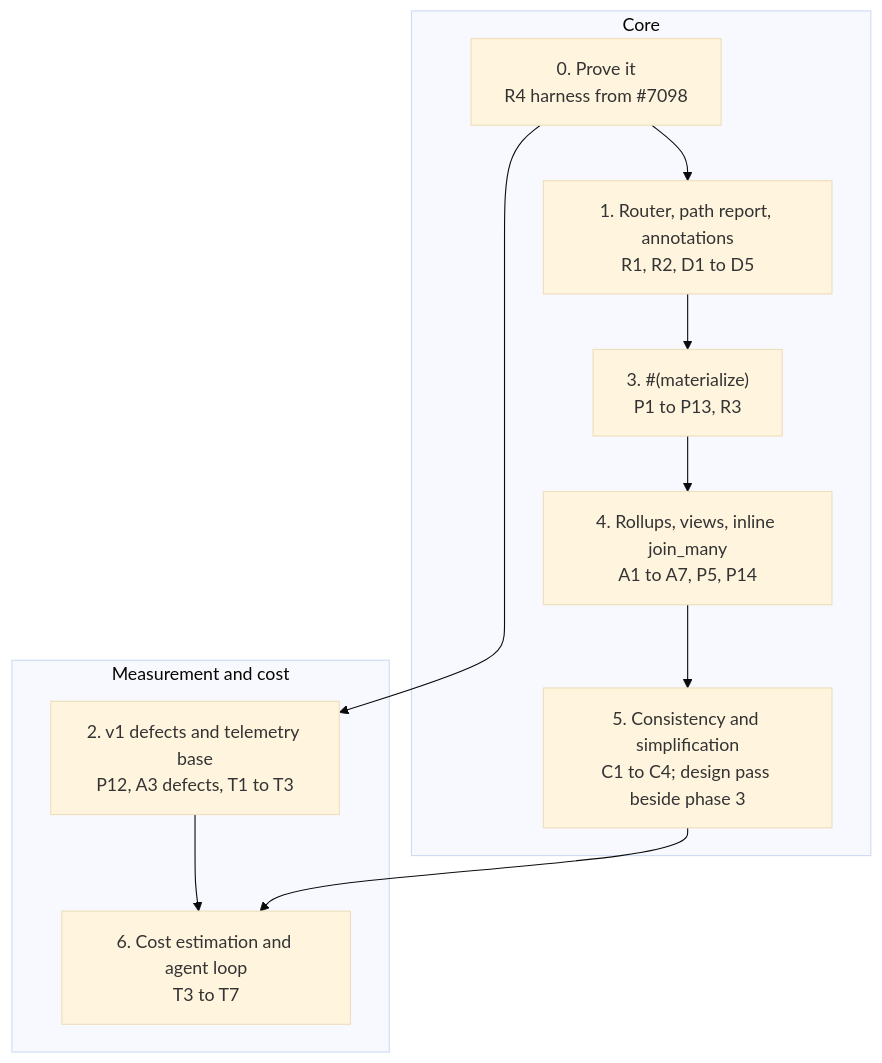
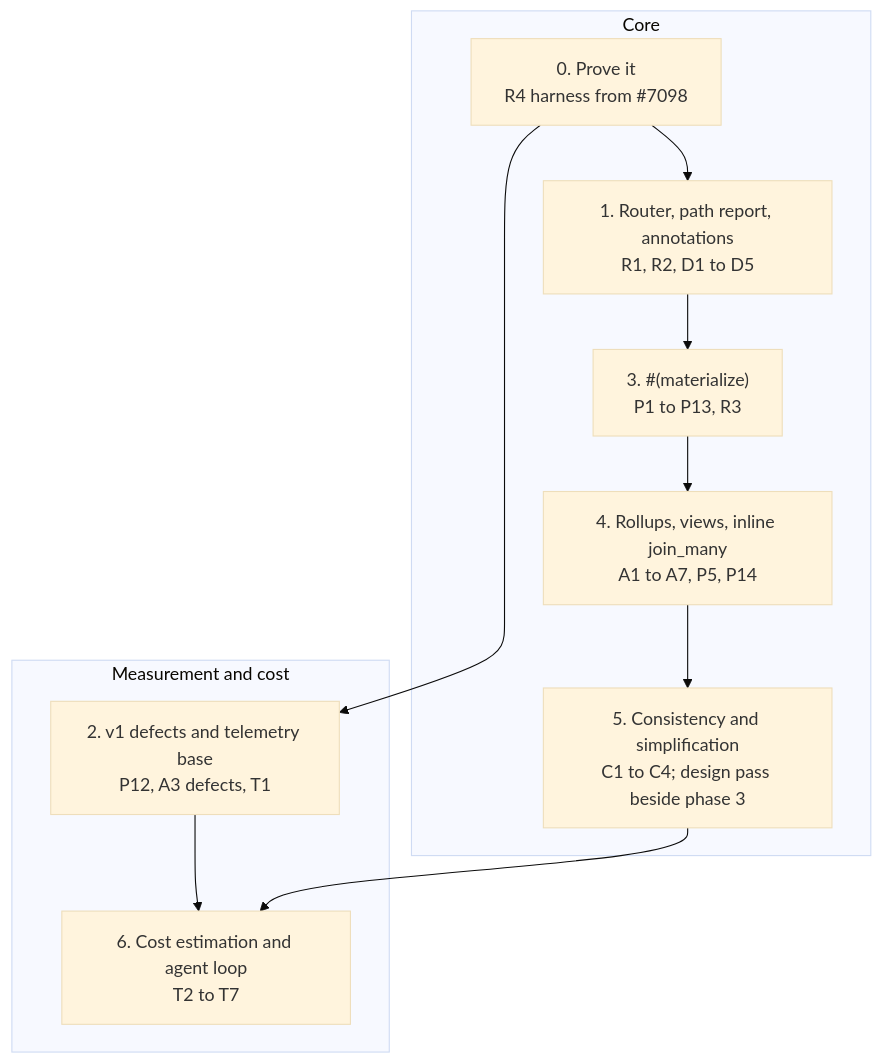
The second of 2 diagrams in docs/materialization-v2-plan.md (malloydata/publisher), drawn with Mermaid (base theme) before and after one commit. The commit also changed other lines of this file, not shown here.

First line of the commit message:
docs: what-if (T3) moves to phase 6 with the rest of the agent loop

````diff
--- a/docs/materialization-v2-plan.md
+++ b/docs/materialization-v2-plan.md
@@ -221,21 +221,21 @@
 ```mermaid
 flowchart TB
   subgraph Core
     P0["0. Prove it<br/>R4 harness from #7098"]
     P1["1. Router, path report, annotations<br/>R1, R2, D1 to D5"]
     P3["3. #(materialize)<br/>P1 to P13, R3"]
     P4["4. Rollups, views, inline join_many<br/>A1 to A7, P5, P14"]
     P5["5. Consistency and simplification<br/>C1 to C4; design pass beside phase 3"]
   end
   subgraph Measurement and cost
-    P2["2. v1 defects and telemetry base<br/>P12, A3 defects, T1 to T3"]
-    P6["6. Cost estimation and agent loop<br/>T3 to T7"]
+    P2["2. v1 defects and telemetry base<br/>P12, A3 defects, T1"]
+    P6["6. Cost estimation and agent loop<br/>T2 to T7"]
   end
   P0 --> P1
   P0 --> P2
   P1 --> P3
   P3 --> P4
   P4 --> P5
   P2 --> P6
   P5 --> P6
 ```
````
